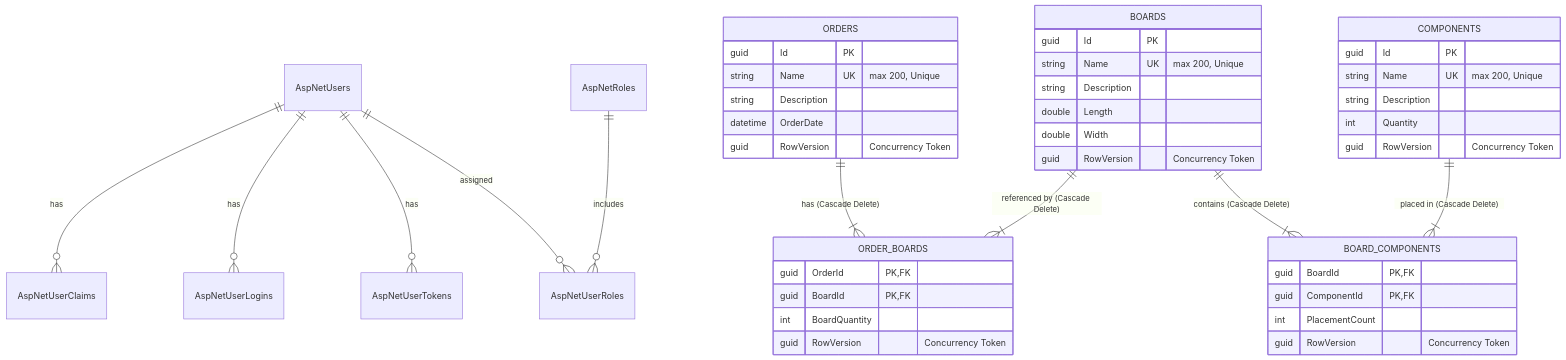
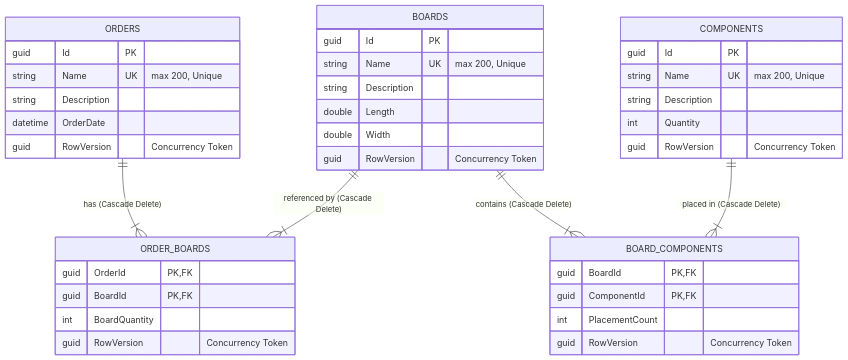
The second of 3 diagrams in docs/architecture-doc.md (Blightbuster/SMT-OrderHub), drawn with Mermaid before and after one commit.

Commit message:
docs: drop Identity tables from ER diagram

````diff
--- a/docs/architecture-doc.md
+++ b/docs/architecture-doc.md
@@ -181,52 +181,46 @@
 ```mermaid
 erDiagram
-    AspNetUsers ||--o{ AspNetUserClaims : has
-    AspNetUsers ||--o{ AspNetUserLogins : has
-    AspNetUsers ||--o{ AspNetUserTokens : has
-    AspNetUsers ||--o{ AspNetUserRoles : assigned
-    AspNetRoles ||--o{ AspNetUserRoles : includes
-
     ORDERS ||--|{ ORDER_BOARDS : "has (Cascade Delete)"
     BOARDS ||--|{ ORDER_BOARDS : "referenced by (Cascade Delete)"
     BOARDS ||--|{ BOARD_COMPONENTS : "contains (Cascade Delete)"
     COMPONENTS ||--|{ BOARD_COMPONENTS : "placed in (Cascade Delete)"
 
     ORDERS {
         guid Id PK
         string Name UK "max 200, Unique"
         string Description
         datetime OrderDate
         guid RowVersion "Concurrency Token"
     }
 
     BOARDS {
         guid Id PK
         string Name UK "max 200, Unique"
         string Description
         double Length
         double Width
         guid RowVersion "Concurrency Token"
     }
 
     COMPONENTS {
         guid Id PK
         string Name UK "max 200, Unique"
         string Description
         int Quantity
         guid RowVersion "Concurrency Token"
     }
 
     ORDER_BOARDS {
         guid OrderId PK,FK
         guid BoardId PK,FK
         int BoardQuantity
         guid RowVersion "Concurrency Token"
     }
 
     BOARD_COMPONENTS {
         guid BoardId PK,FK
         guid ComponentId PK,FK
         int PlacementCount
         guid RowVersion "Concurrency Token"
     }
 ```
````
